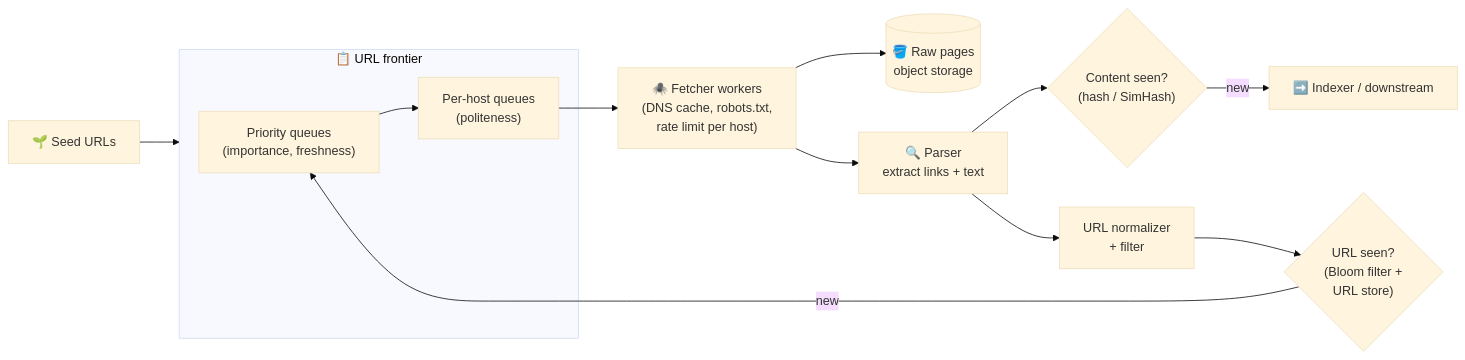
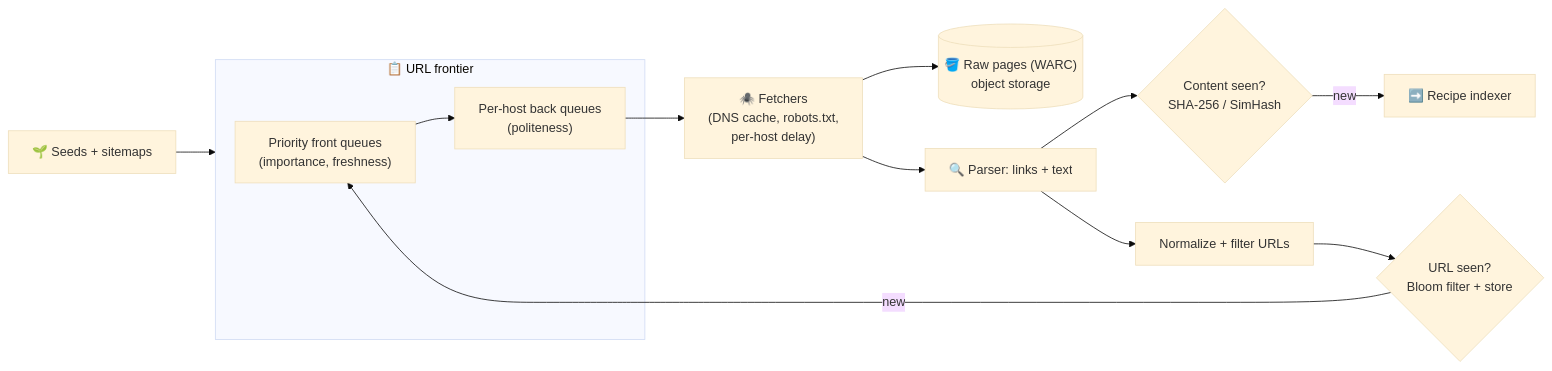
One commit to winnyboy5/System-Design-from-Atoms changed the diagram in phases/11-advanced-designs/094-design-web-crawler.md. Above: the diagram before and after it, drawn with Mermaid (base theme). The commit also changed other lines of this file and 15 other files, not shown here.

````diff
--- a/phases/11-advanced-designs/094-design-web-crawler.md
+++ b/phases/11-advanced-designs/094-design-web-crawler.md
@@ -30,15 +40,15 @@
 ```mermaid
 flowchart LR
-    SEED["🌱 Seed URLs"] --> FR
+    SEED["🌱 Seeds + sitemaps"] --> FR
     subgraph FR["📋 URL frontier"]
-        PQ["Priority queues<br/>(importance, freshness)"] --> HQ["Per-host queues<br/>(politeness)"]
+        PQ["Priority front queues<br/>(importance, freshness)"] --> HQ["Per-host back queues<br/>(politeness)"]
     end
-    HQ --> FW["🕷️ Fetcher workers<br/>(DNS cache, robots.txt,<br/>rate limit per host)"]
-    FW --> ST[("🪣 Raw pages<br/>object storage")]
-    FW --> PA["🔍 Parser<br/>extract links + text"]
-    PA --> CD{"Content seen?<br/>(hash / SimHash)"}
-    CD -->|"new"| IDX["➡️ Indexer / downstream"]
-    PA --> UN["URL normalizer<br/>+ filter"]
-    UN --> US{"URL seen?<br/>(Bloom filter +<br/>URL store)"}
+    HQ --> FW["🕷️ Fetchers<br/>(DNS cache, robots.txt,<br/>per-host delay)"]
+    FW --> ST[("🪣 Raw pages (WARC)<br/>object storage")]
+    FW --> PA["🔍 Parser: links + text"]
+    PA --> CD{"Content seen?<br/>SHA-256 / SimHash"}
+    CD -->|"new"| IDX["➡️ Recipe indexer"]
+    PA --> UN["Normalize + filter URLs"]
+    UN --> US{"URL seen?<br/>Bloom filter + store"}
     US -->|"new"| PQ
 ```
````
